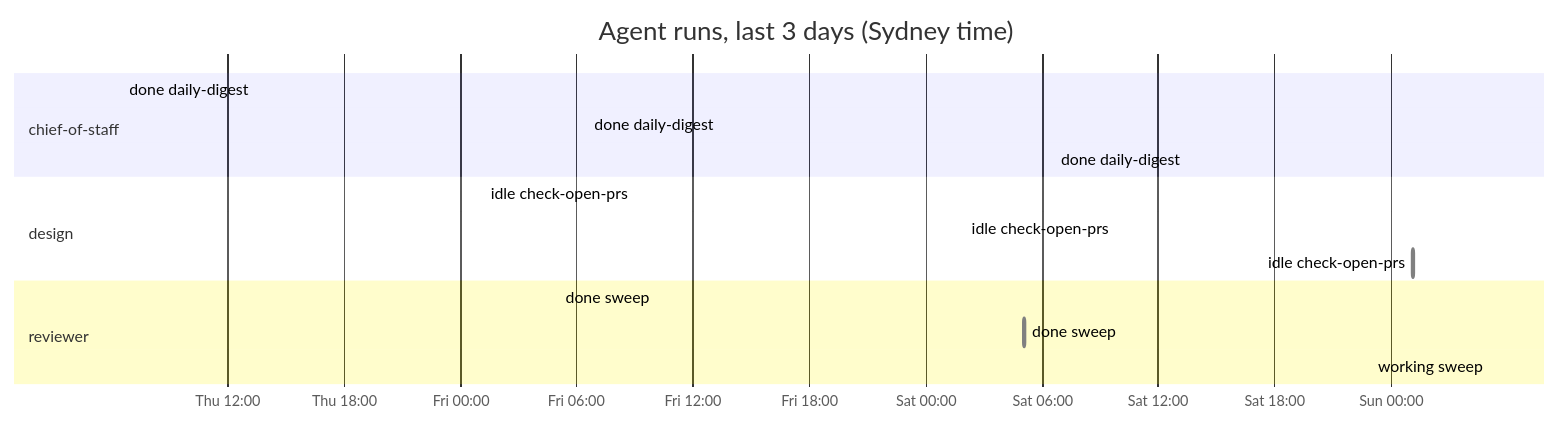
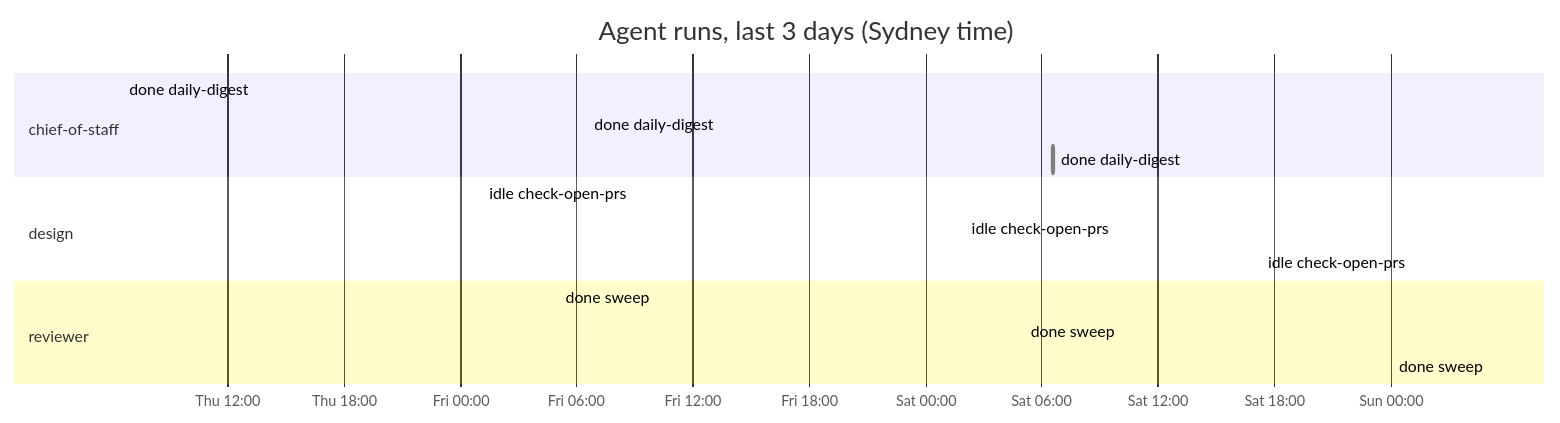
The diagram in dashboard.md (roulmediateam-byte/fifteen-expert-hq), drawn with Mermaid before and after one commit. The commit also changed other lines of this file and 1 other file, not shown here.

````diff
--- a/dashboard.md
+++ b/dashboard.md
@@ -40,18 +40,18 @@
 ```mermaid
 gantt
     title Agent runs, last 3 days (Sydney time)
     dateFormat YYYY-MM-DD HH:mm
     axisFormat %a %H:%M
     section chief-of-staff
     done daily-digest :done, 2026-11-12 06:35, 2026-11-12 06:36
     done daily-digest :done, 2026-11-13 06:34, 2026-11-13 06:36
     done daily-digest :done, 2026-11-14 06:35, 2026-11-14 06:36
     section design
     idle check-open-prs :done, 2026-11-13 01:11, 2026-11-13 01:11
     idle check-open-prs :done, 2026-11-14 02:01, 2026-11-14 02:02
     idle check-open-prs :done, 2026-11-15 01:08, 2026-11-15 01:09
     section reviewer
     done sweep :done, 2026-11-13 05:05, 2026-11-13 05:05
     done sweep :done, 2026-11-14 05:05, 2026-11-14 05:06
-    working sweep :active, 2026-11-15 05:07, 2026-11-15 05:07
+    done sweep :done, 2026-11-15 05:07, 2026-11-15 05:08
 ```
````
